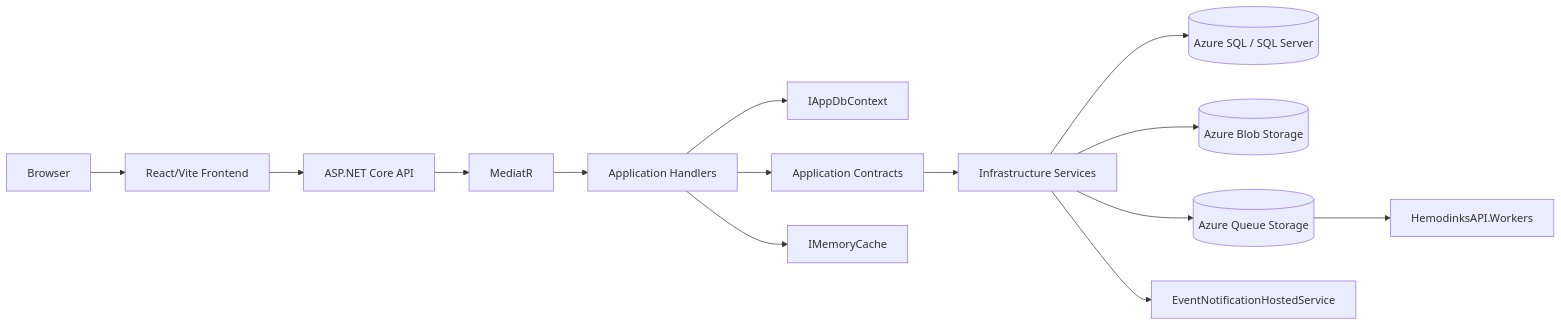
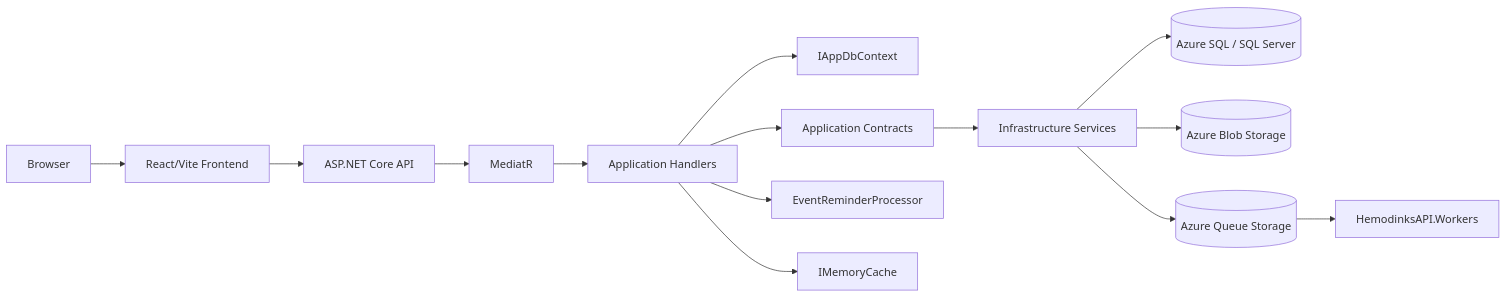
One commit to Hemodinks/hemodinks-api changed the first of 6 diagrams in docs/TECHNICAL_DOCUMENTATION.md. Above: the diagram before and after it, drawn with Mermaid. The commit also changed other lines of this file and 21 other files, not shown here.

````diff
--- a/docs/TECHNICAL_DOCUMENTATION.md
+++ b/docs/TECHNICAL_DOCUMENTATION.md
@@ -37,16 +41,16 @@
 ```mermaid
 flowchart LR
     Browser[Browser] --> Front[React/Vite Frontend]
     Front --> API[ASP.NET Core API]
     API --> Mediator[MediatR]
     Mediator --> Handlers[Application Handlers]
     Handlers --> DbContext[IAppDbContext]
     Handlers --> Contracts[Application Contracts]
     Contracts --> Infra[Infrastructure Services]
     Infra --> Sql[(Azure SQL / SQL Server)]
     Infra --> Blob[(Azure Blob Storage)]
     Infra --> Queue[(Azure Queue Storage)]
     Queue --> Functions[HemodinksAPI.Workers]
-    Infra --> Worker[EventNotificationHostedService]
+    Handlers --> Reminders[EventReminderProcessor]
     Handlers --> Cache[IMemoryCache]
 ```
````
